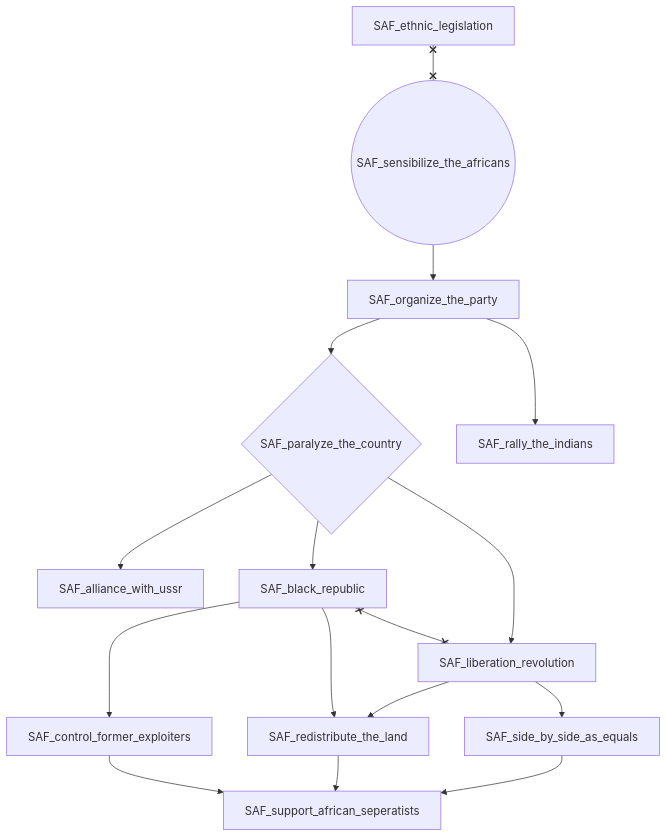
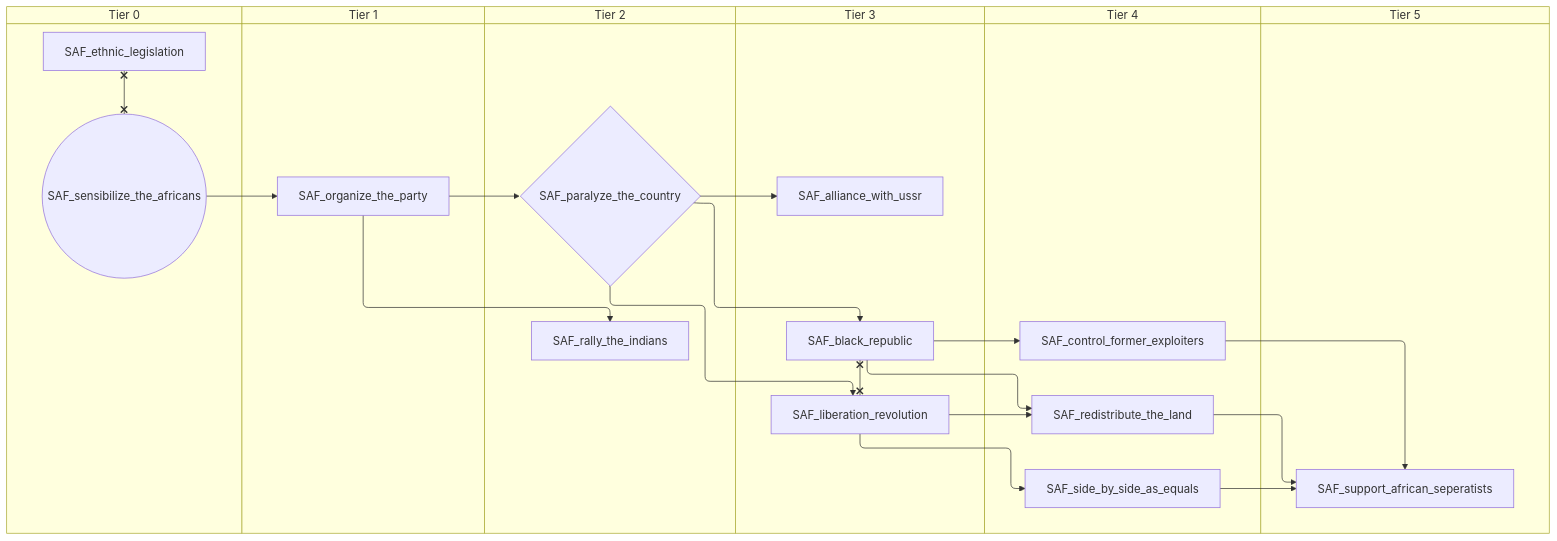
One commit to evgeny-sobol/hoi4-sandbox-mode-r56 changed the sixth of 6 diagrams in docs/gdd/National Focuses/south_africa.md. Above: the diagram before and after it, drawn with Mermaid. The commit also changed other lines of this file and 423 other files, not shown here.

First line of the commit message:
Re-export Rt56 focus trees as swimlane diagrams

````diff
--- a/docs/gdd/National Focuses/south_africa.md
+++ b/docs/gdd/National Focuses/south_africa.md
@@ -262,30 +330,42 @@
 ```mermaid
-flowchart TD
-    n80["SAF_alliance_with_ussr"]
-    n81["SAF_black_republic"]
-    n82["SAF_control_former_exploiters"]
-    n29["SAF_ethnic_legislation"]
-    n83["SAF_liberation_revolution"]
-    n84["SAF_organize_the_party"]
-    n85{"SAF_paralyze_the_country"}
-    n86["SAF_rally_the_indians"]
-    n87["SAF_redistribute_the_land"]
-    n43(("SAF_sensibilize_the_africans"))
-    n88["SAF_side_by_side_as_equals"]
-    n89["SAF_support_african_seperatists"]
-    n85 --> n80
-    n85 --> n81
-    n81 --> n82
-    n85 --> n83
-    n43 --> n84
-    n84 --> n85
+swimlane-beta TD
+    subgraph tier_0["Tier 0"]
+        n23["SAF_ethnic_legislation"]
+        n24(("SAF_sensibilize_the_africans"))
+    end
+    subgraph tier_1["Tier 1"]
+        n80["SAF_organize_the_party"]
+    end
+    subgraph tier_2["Tier 2"]
+        n81{"SAF_paralyze_the_country"}
+        n82["SAF_rally_the_indians"]
+    end
+    subgraph tier_3["Tier 3"]
+        n83["SAF_alliance_with_ussr"]
+        n84["SAF_black_republic"]
+        n85["SAF_liberation_revolution"]
+    end
+    subgraph tier_4["Tier 4"]
+        n86["SAF_control_former_exploiters"]
+        n87["SAF_redistribute_the_land"]
+        n88["SAF_side_by_side_as_equals"]
+    end
+    subgraph tier_5["Tier 5"]
+        n89["SAF_support_african_seperatists"]
+    end
+    n81 --> n83
+    n81 --> n84
     n84 --> n86
-    n83 --> n87
-    n81 --> n87
-    n83 --> n88
+    n81 --> n85
+    n24 --> n80
+    n80 --> n81
+    n80 --> n82
+    n85 --> n87
+    n84 --> n87
+    n85 --> n88
     n87 --> n89
     n88 --> n89
-    n82 --> n89
-    n81 x--x n83
-    n29 x--x n43
+    n86 --> n89
+    n84 x--x n85
+    n23 x--x n24
 ```
````
